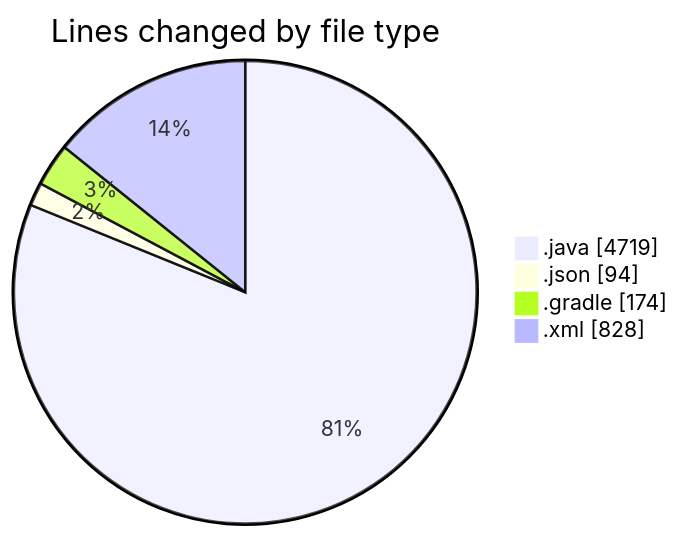
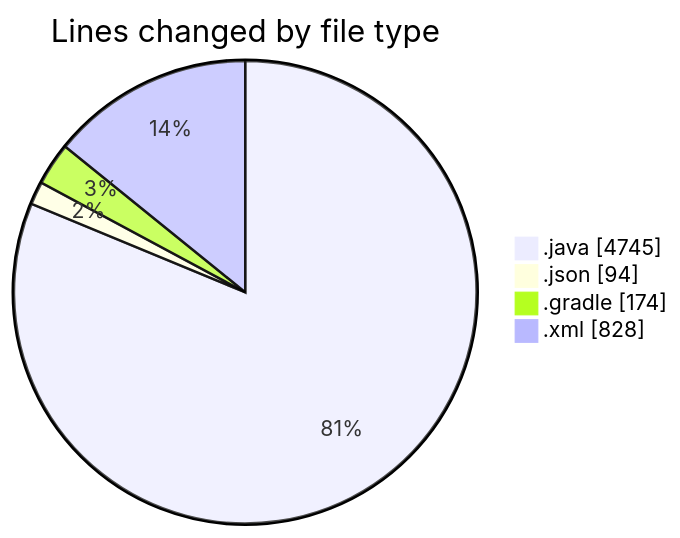
One commit to charlie-sans/code-tracking changed the first of 2 diagrams in 2025-02-22/micros/README.md. Above: the diagram before and after it, drawn with Mermaid. The commit also changed other lines of this file and 1 other file, not shown here.

````diff
--- a/2025-02-22/micros/README.md
+++ b/2025-02-22/micros/README.md
@@ -60,8 +61,8 @@
 ```mermaid
 pie showData
 title Lines changed by file type
-".java" : 4719
+".java" : 4745
 ".json" : 94
 ".gradle" : 174
 ".xml" : 828
 ```
````
